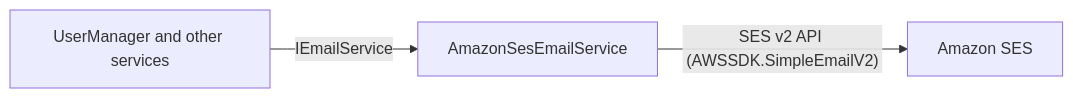
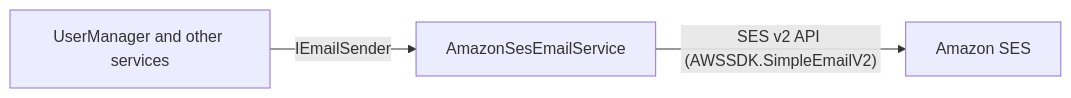
One commit to dosh1974/SysWeaver changed the diagram in Communication/SysWeaver.Email.AmazonSes/README.md. Above: the diagram before and after it, drawn with Mermaid. The commit also changed other lines of this file and 532 other files, not shown here.

````diff
--- a/Communication/SysWeaver.Email.AmazonSes/README.md
+++ b/Communication/SysWeaver.Email.AmazonSes/README.md
@@ -18,5 +18,5 @@
 ```mermaid
 flowchart LR
-  UM["UserManager and other services"] -->|IEmailService| SES["AmazonSesEmailService"]
+  UM["UserManager and other services"] -->|IEmailSender| SES["AmazonSesEmailService"]
   SES -->|"SES v2 API (AWSSDK.SimpleEmailV2)"| AWS["Amazon SES"]
 ```
````
